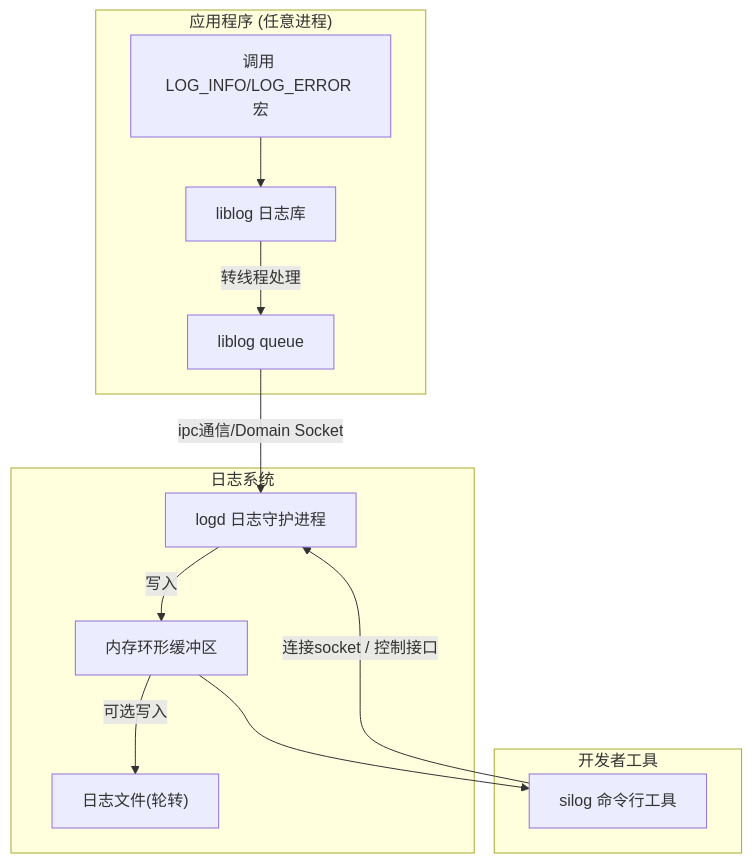
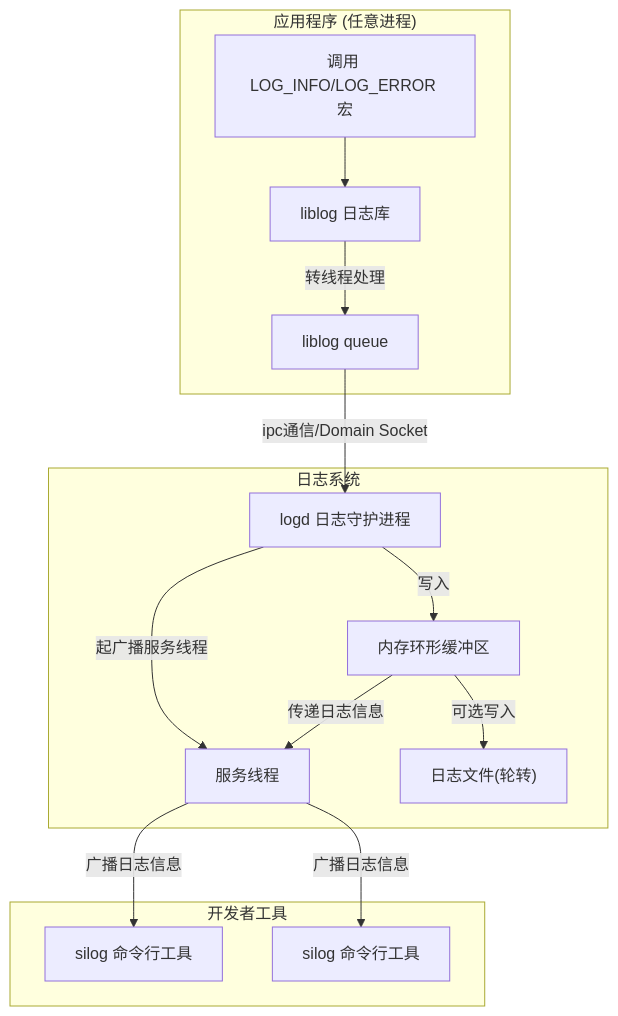
One commit to CHEMYSTERY1998/SiLog changed the first of 4 diagrams in README.md. Above: the diagram before and after it, drawn with Mermaid. The commit also changed other lines of this file and 25 other files, not shown here.

````diff
--- a/README.md
+++ b/README.md
@@ -7,24 +7,29 @@
 ```mermaid
 flowchart TB
     subgraph APP["应用程序 (任意进程)"]
         LOG_API["调用 LOG_INFO/LOG_ERROR 宏"]
         LIBLOG["liblog 日志库"]
         SENDQUEUE["liblog queue"]
         LOG_API --> LIBLOG
         LIBLOG -- 转线程处理 -->SENDQUEUE
-        
+
     end
 
     subgraph SYSTEM["日志系统"]
         SENDQUEUE -- ipc通信/Domain Socket --> LOGD["logd 日志守护进程"]
         LOGD -->|写入| RINGBUF["内存环形缓冲区"]
+        LOGD -->|起广播服务线程| SERVICE["服务线程"]
         RINGBUF -->|可选写入| FILES["日志文件(轮转)"]
+        RINGBUF -->|传递日志信息|SERVICE
+
     end
 
     subgraph TOOLS["开发者工具"]
-        SILOG["silog 命令行工具"]
-        SILOG -- 连接socket / 控制接口 --> LOGD
+        SILOG_CAT_CLIENT1["silog 命令行工具"]
+        SILOG_CAT_CLIENT2["silog 命令行工具"]
+        SERVICE -- 广播日志信息 --> SILOG_CAT_CLIENT1
+        SERVICE -- 广播日志信息 --> SILOG_CAT_CLIENT2
     end
 
-    RINGBUF --> SILOG
+
 ```
````
